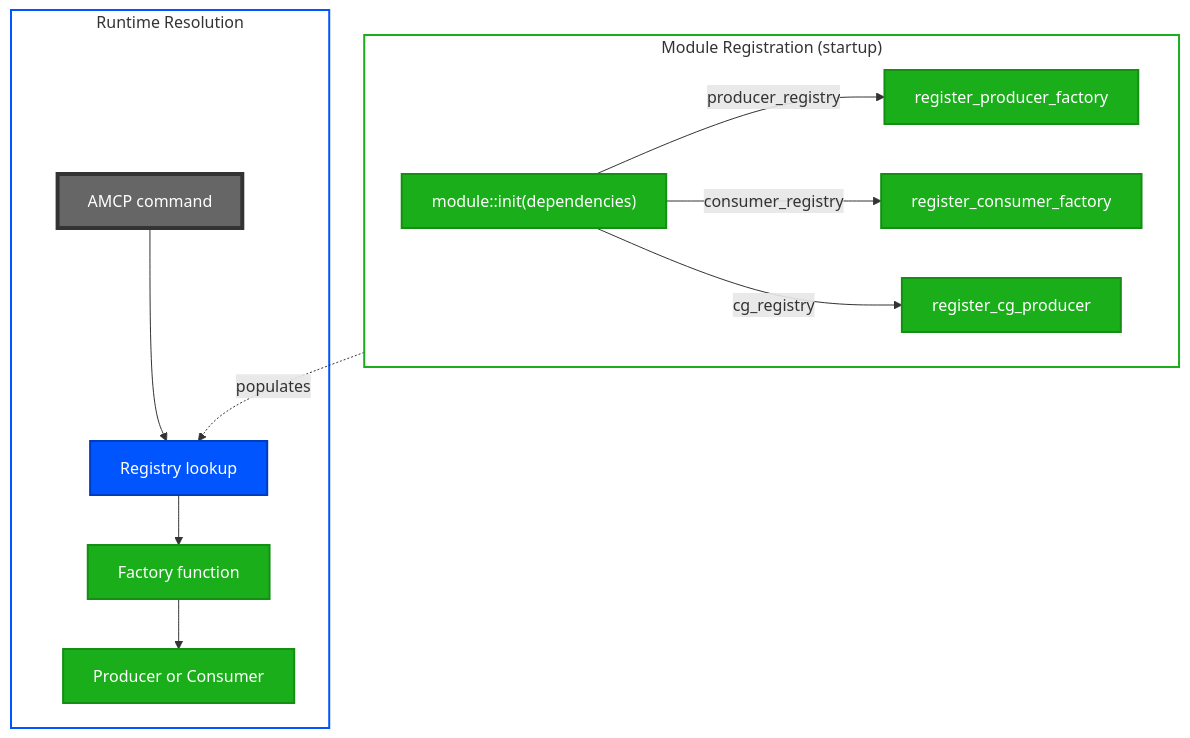
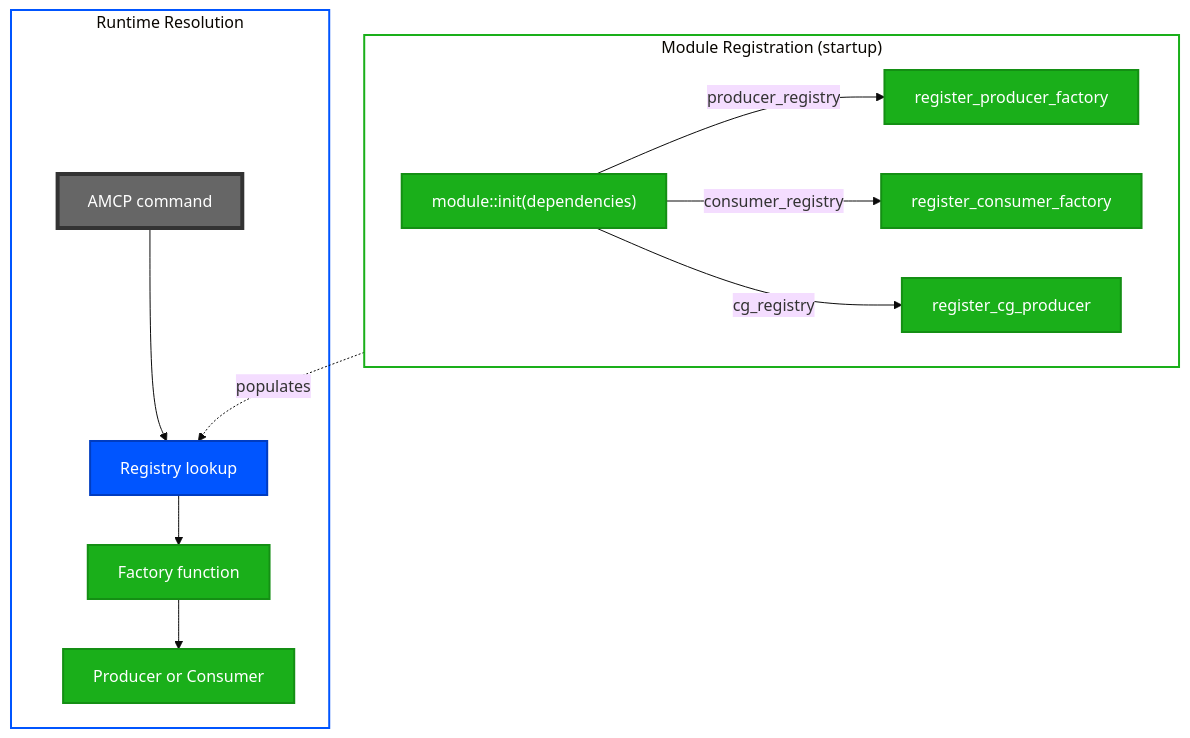
Before and after one commit to den-frie-vilje/casparCG: the fifth of 10 diagrams in docs/architecture.md, drawn with Mermaid. The commit also changed other lines of this file, not shown here.

Commit message:
docs: use Inter font in all diagrams

````diff
--- a/docs/architecture.md
+++ b/docs/architecture.md
@@ -306,26 +309,27 @@
 ```mermaid
+%%{init: {'theme': 'base', 'themeVariables': { 'fontFamily': 'Inter' }}}%%
 flowchart TB
     classDef coreNode fill:#0055FF,color:#FFF,stroke:#003CC0,stroke-width:2px
     classDef moduleNode fill:#1AAF1A,color:#FFF,stroke:#148F14,stroke-width:2px
     classDef ctrlNode fill:#666,color:#FFF,stroke:#333,stroke-width:4px
     classDef sgStartup stroke:#1AAF1A,fill:#FFF,stroke-width:2px
     classDef sgRuntime stroke:#0055FF,fill:#FFF,stroke-width:2px
 
     subgraph Registration["Module Registration (startup)"]
         MOD_INIT["module::init(dependencies)"]:::moduleNode
         MOD_INIT -->|producer_registry| PR[register_producer_factory]:::moduleNode
         MOD_INIT -->|consumer_registry| CR[register_consumer_factory]:::moduleNode
         MOD_INIT -->|cg_registry| CG[register_cg_producer]:::moduleNode
     end
 
     subgraph Runtime["Runtime Resolution"]
         AMCP_CMD[AMCP command]:::ctrlNode --> RESOLVE[Registry lookup]:::coreNode
         RESOLVE --> FACTORY[Factory function]:::moduleNode
         FACTORY --> INSTANCE[Producer or Consumer]:::moduleNode
     end
 
     Registration -.->|populates| RESOLVE
 
     class Registration sgStartup
     class Runtime sgRuntime
 ```
````
